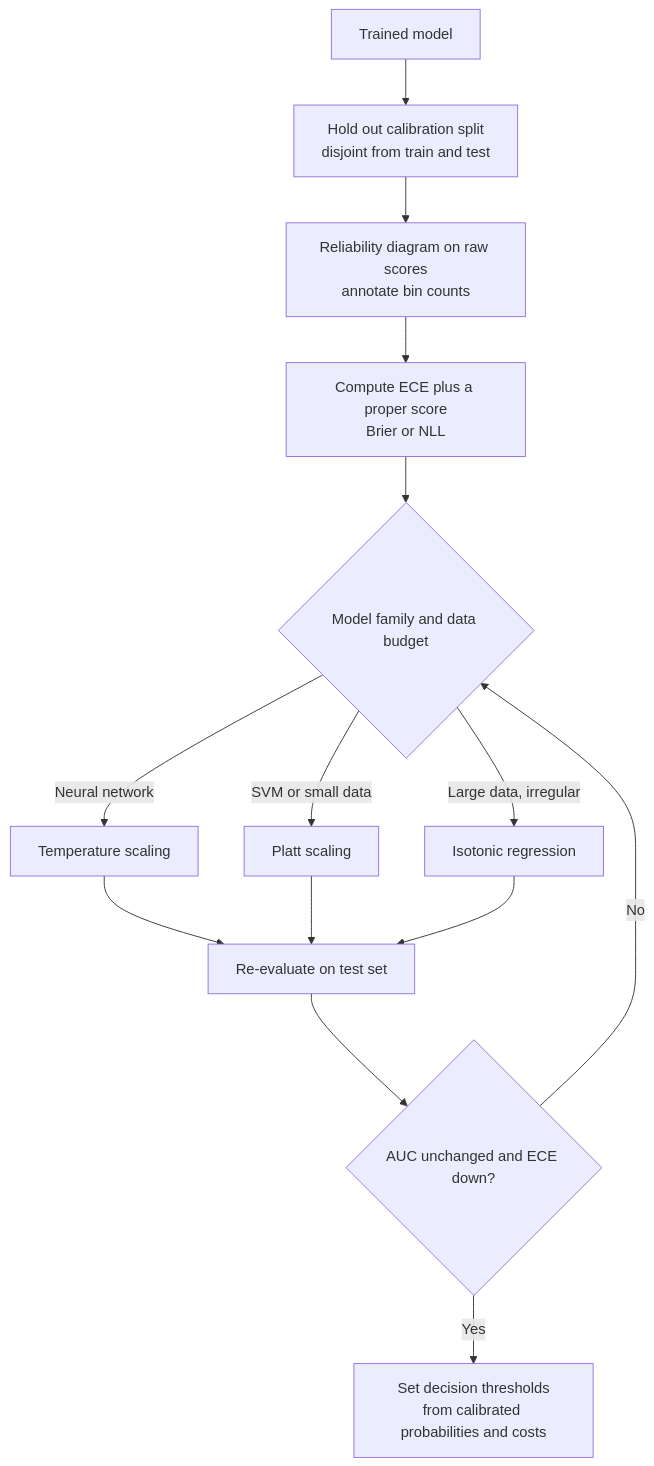
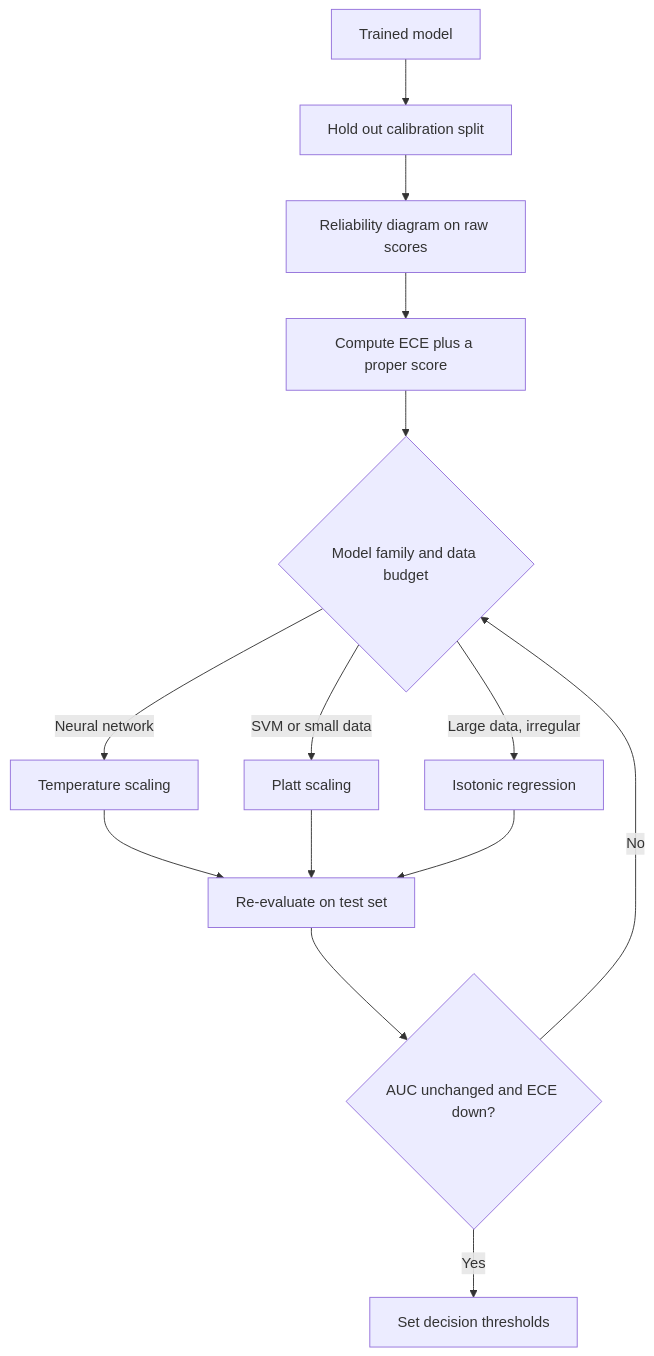
The diagram in 117-model-calibration.qmd (mikenguyen13/ai_in_action), drawn with Mermaid before and after one commit. The commit also changed other lines of this file and 52 other files, not shown here.

Commit message:
Fix Mermaid rendering in 22 chapters: remove ampersands and br tags from node labels, move detail to tables

````diff
--- a/117-model-calibration.qmd
+++ b/117-model-calibration.qmd
@@ -425,16 +425,16 @@
 ```{mermaid}
 flowchart TD
-    A[Trained model] --> B[Hold out calibration split<br/>disjoint from train and test]
-    B --> C[Reliability diagram on raw scores<br/>annotate bin counts]
-    C --> D[Compute ECE plus a proper score<br/>Brier or NLL]
-    D --> E{Model family and data budget}
-    E -->|Neural network| F[Temperature scaling]
-    E -->|SVM or small data| G[Platt scaling]
-    E -->|Large data, irregular| H[Isotonic regression]
-    F --> I[Re-evaluate on test set]
+    A["Trained model"] --> B["Hold out calibration split"]
+    B --> C["Reliability diagram on raw scores"]
+    C --> D["Compute ECE plus a proper score"]
+    D --> E{"Model family and data budget"}
+    E -->|Neural network| F["Temperature scaling"]
+    E -->|SVM or small data| G["Platt scaling"]
+    E -->|Large data, irregular| H["Isotonic regression"]
+    F --> I["Re-evaluate on test set"]
     G --> I
     H --> I
-    I --> J{AUC unchanged and ECE down?}
-    J -->|Yes| K[Set decision thresholds<br/>from calibrated probabilities and costs]
+    I --> J{"AUC unchanged and ECE down?"}
+    J -->|Yes| K["Set decision thresholds"]
     J -->|No| E
 ```
````
